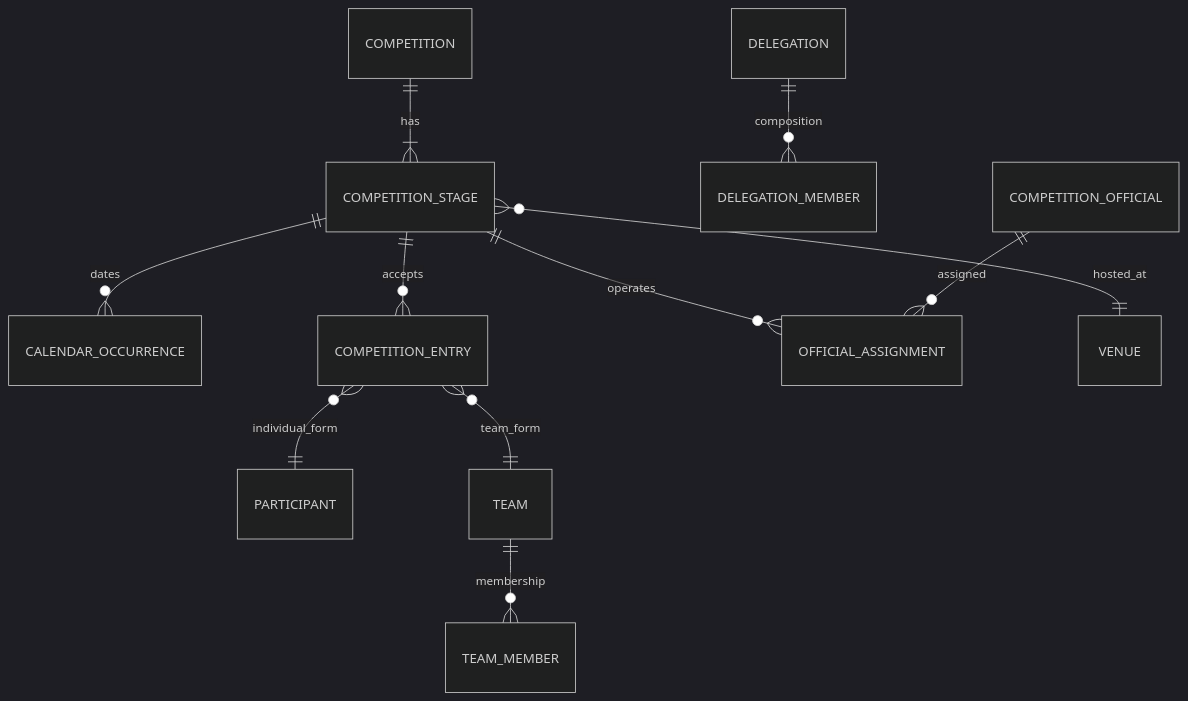
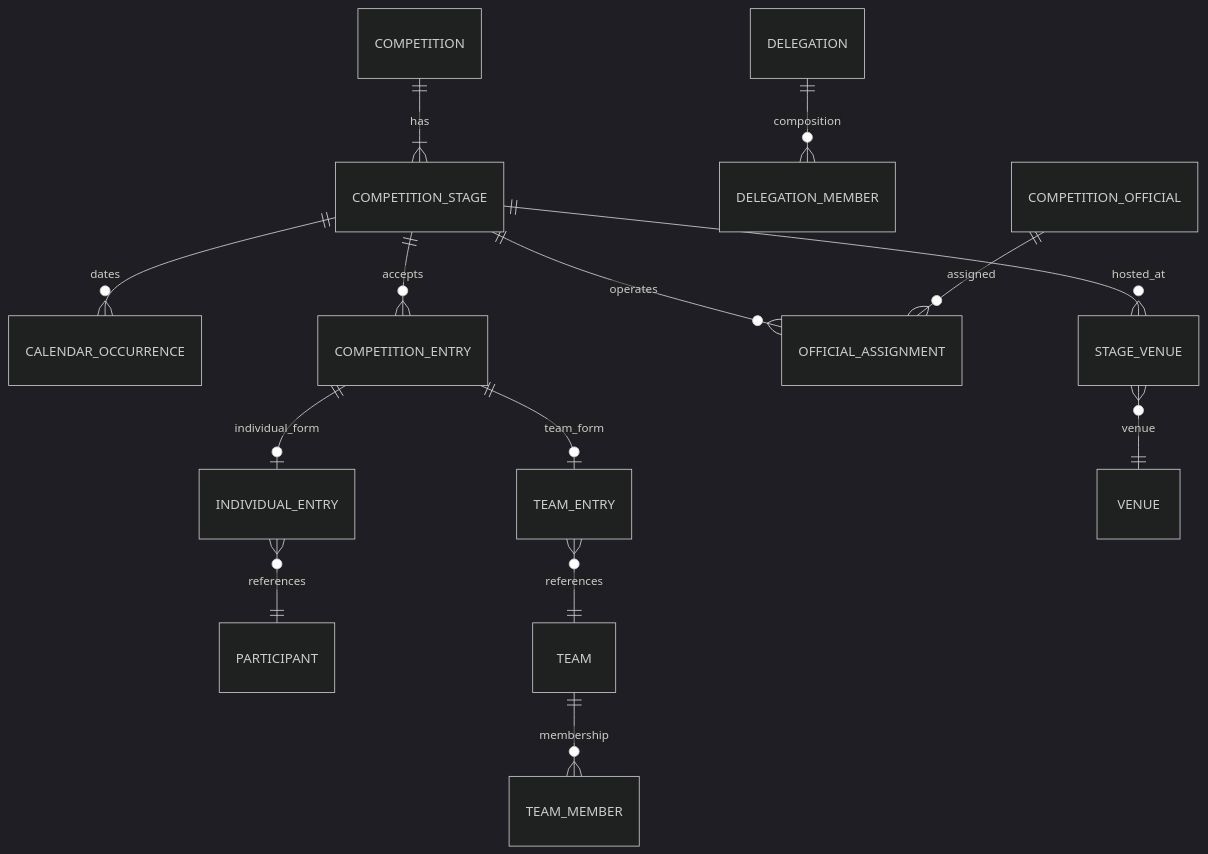
Before and after one commit to alandalousservice-bot/NSSMS-public: the third of 4 diagrams in docs/004_Database/005_Competition_Domain_Logical_Model.md, drawn with Mermaid (dark theme). The commit also changed other lines of this file, not shown here.

Commit message:
Refine competition logical model review corrections

````diff
--- a/docs/004_Database/005_Competition_Domain_Logical_Model.md
+++ b/docs/004_Database/005_Competition_Domain_Logical_Model.md
@@ -182,13 +216,16 @@
 ```mermaid
 erDiagram
   COMPETITION ||--|{ COMPETITION_STAGE : has
   COMPETITION_STAGE ||--o{ CALENDAR_OCCURRENCE : dates
   COMPETITION_STAGE ||--o{ COMPETITION_ENTRY : accepts
-  COMPETITION_ENTRY }o--|| PARTICIPANT : individual_form
-  COMPETITION_ENTRY }o--|| TEAM : team_form
+  COMPETITION_ENTRY ||--o| INDIVIDUAL_ENTRY : individual_form
+  COMPETITION_ENTRY ||--o| TEAM_ENTRY : team_form
+  INDIVIDUAL_ENTRY }o--|| PARTICIPANT : references
+  TEAM_ENTRY }o--|| TEAM : references
   TEAM ||--o{ TEAM_MEMBER : membership
   DELEGATION ||--o{ DELEGATION_MEMBER : composition
   COMPETITION_STAGE ||--o{ OFFICIAL_ASSIGNMENT : operates
   COMPETITION_OFFICIAL ||--o{ OFFICIAL_ASSIGNMENT : assigned
-  COMPETITION_STAGE }o--|| VENUE : hosted_at
+  COMPETITION_STAGE ||--o{ STAGE_VENUE : hosted_at
+  STAGE_VENUE }o--|| VENUE : venue
 ```
````
